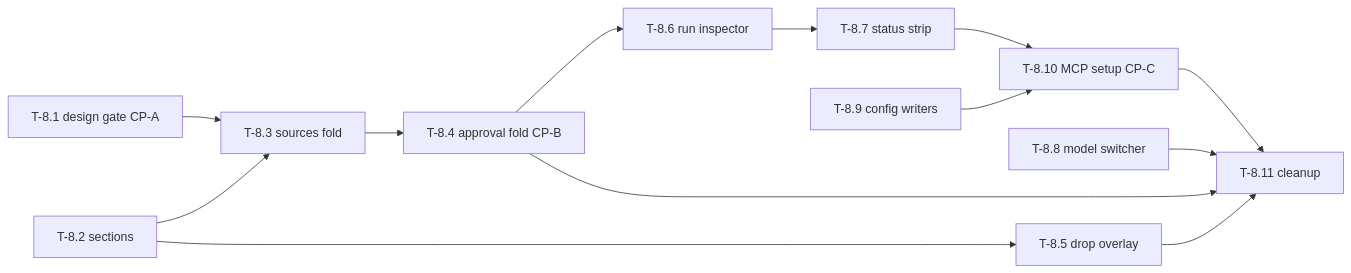
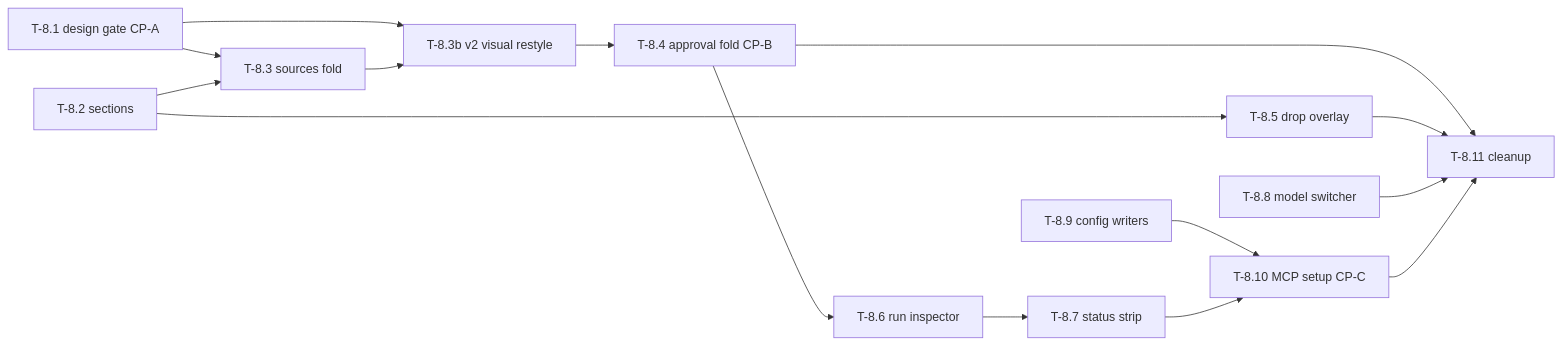
One commit to Mkohler4/gunk changed the diagram in docs/tasks/phase-8-shell-and-ia-restructure.md. Above: the diagram before and after it, drawn with Mermaid. The commit also changed other lines of this file and 26 other files, not shown here.

````diff
--- a/docs/tasks/phase-8-shell-and-ia-restructure.md
+++ b/docs/tasks/phase-8-shell-and-ia-restructure.md
@@ -599,24 +833,26 @@
 ```mermaid
 flowchart LR
     t1[T-8.1 design gate CP-A]
     t2[T-8.2 sections]
     t3[T-8.3 sources fold]
+    t3b[T-8.3b v2 visual restyle]
     t4[T-8.4 approval fold CP-B]
     t5[T-8.5 drop overlay]
     t6[T-8.6 run inspector]
     t7[T-8.7 status strip]
     t8[T-8.8 model switcher]
     t9[T-8.9 config writers]
     t10[T-8.10 MCP setup CP-C]
     t11[T-8.11 cleanup]
     t1 --> t3
-    t2 --> t3 --> t4 --> t6
+    t1 --> t3b
+    t2 --> t3 --> t3b --> t4 --> t6
     t2 --> t5
     t6 --> t7
     t9 --> t10
     t7 --> t10
     t4 --> t11
     t5 --> t11
     t8 --> t11
     t10 --> t11
 ```
````
